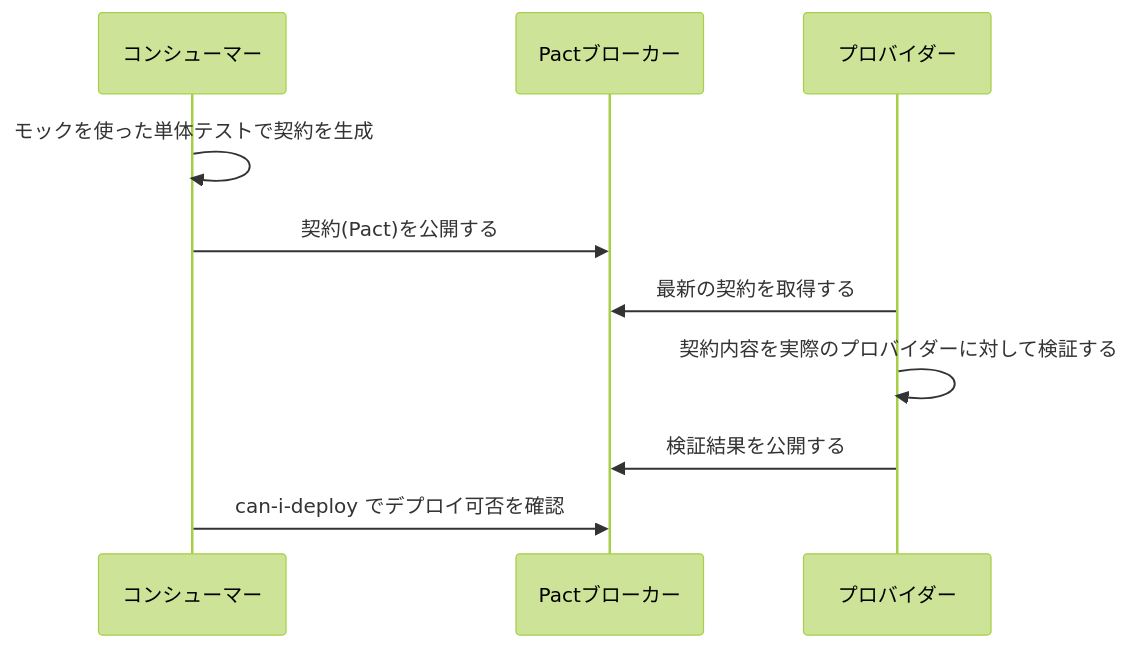
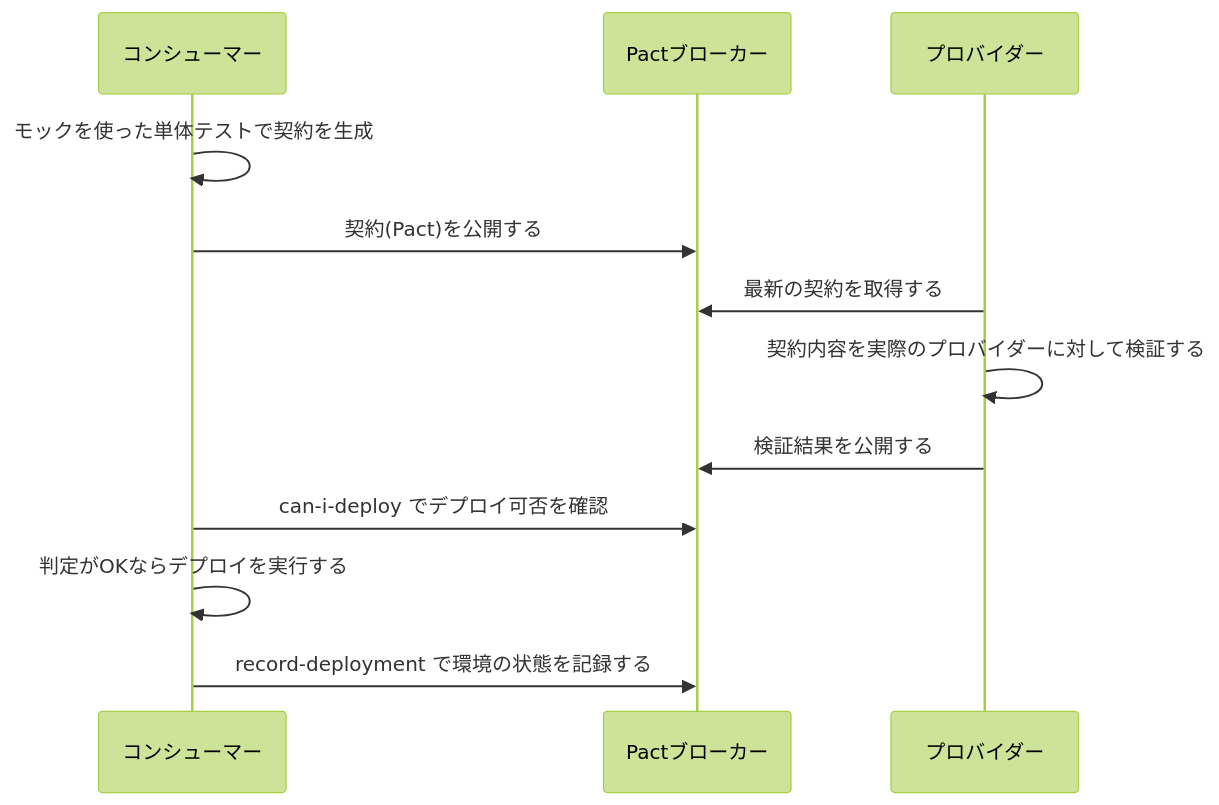
One commit to myoshi2891/Quality-Assurance-Studies changed the sixth of 10 diagrams in Testing-web-apis-guide.md. Above: the diagram before and after it, drawn with Mermaid (forest theme). The commit also changed other lines of this file, not shown here.

Commit message:
docs(web-apis): 401/403検証の分離・タイムアウト仕様の補足およびPact/CI図の更新

````diff
--- a/Testing-web-apis-guide.md
+++ b/Testing-web-apis-guide.md
@@ -280,13 +288,15 @@
 ```mermaid
 sequenceDiagram
     participant C as コンシューマー
     participant B as Pactブローカー
     participant P as プロバイダー
 
     C->>C: モックを使った単体テストで契約を生成
     C->>B: 契約(Pact)を公開する
     P->>B: 最新の契約を取得する
     P->>P: 契約内容を実際のプロバイダーに対して検証する
     P->>B: 検証結果を公開する
     C->>B: can-i-deploy でデプロイ可否を確認
+    C->>C: 判定がOKならデプロイを実行する
+    C->>B: record-deployment で環境の状態を記録する
 ```
````
